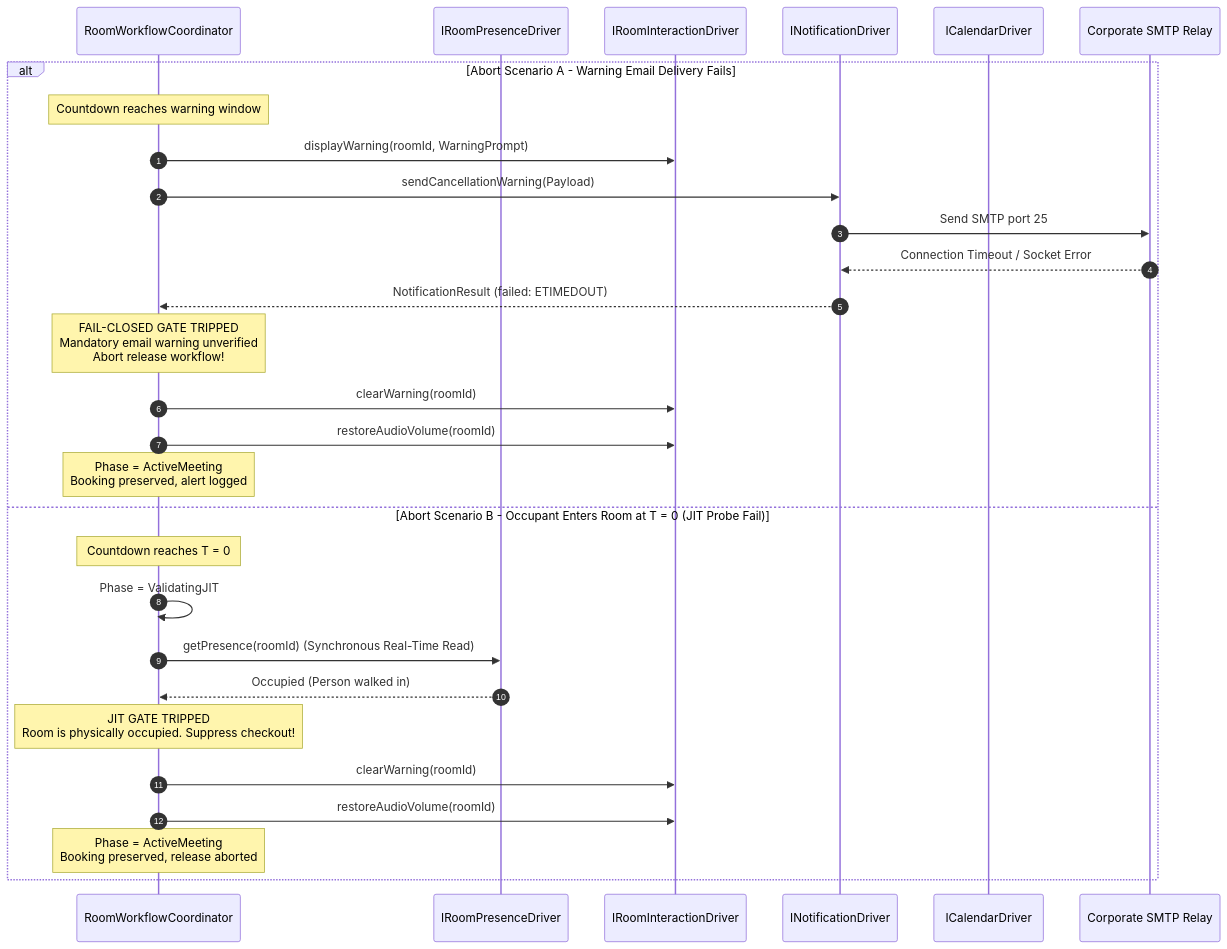
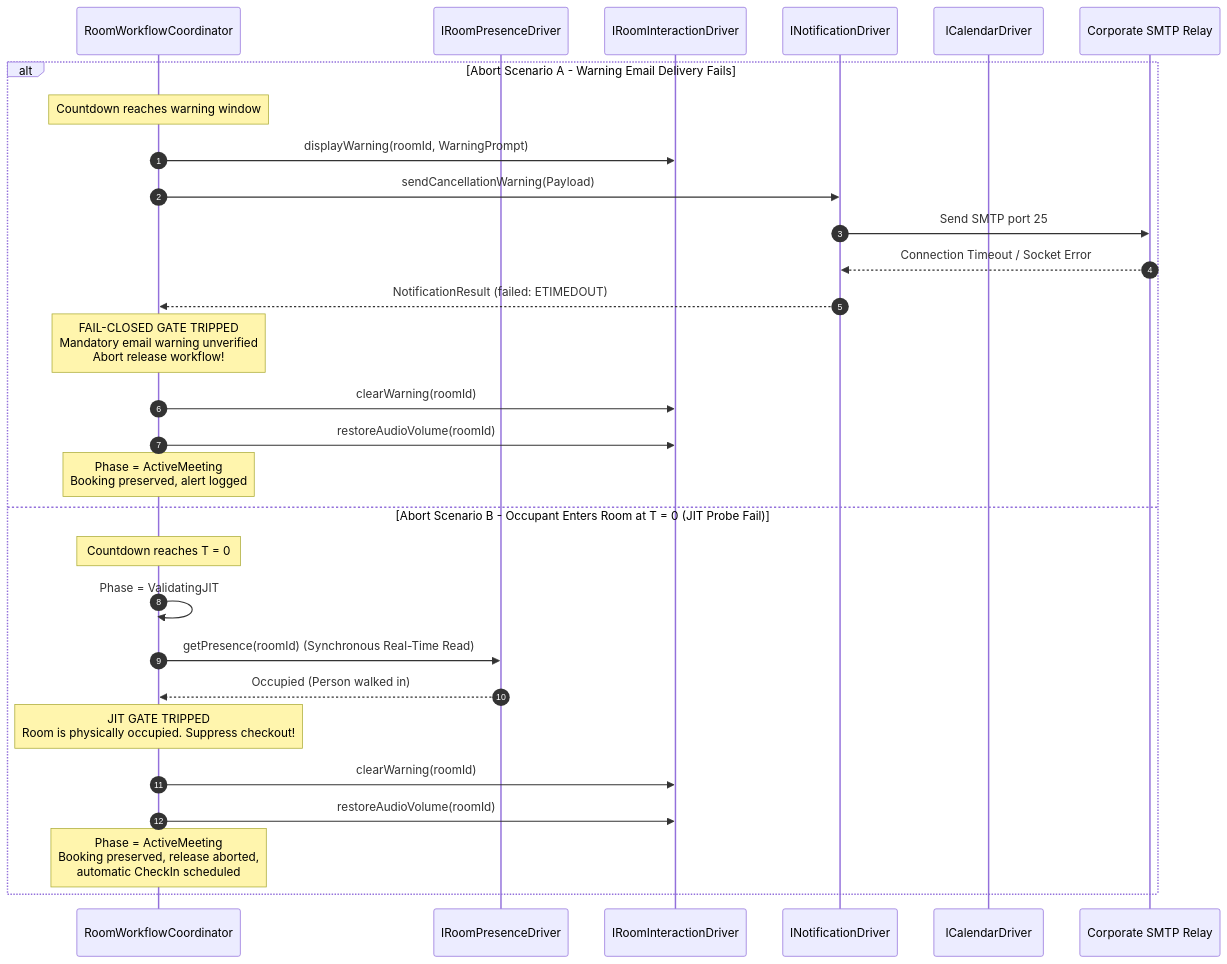
One commit to oscarpe979/vc-booking-autocancellation changed the third of 3 diagrams in service/docs/ServiceLowLevelDesign.md. Above: the diagram before and after it, drawn with Mermaid. The commit also changed other lines of this file and 5 other files, not shown here.

````diff
--- a/service/docs/ServiceLowLevelDesign.md
+++ b/service/docs/ServiceLowLevelDesign.md
@@ -346,32 +434,32 @@
 ```mermaid
 sequenceDiagram
     autonumber
     participant Coordinator as RoomWorkflowCoordinator
     participant Presence as IRoomPresenceDriver
     participant Interaction as IRoomInteractionDriver
     participant Notify as INotificationDriver
     participant Calendar as ICalendarDriver
     participant Smtp as Corporate SMTP Relay
 
     alt Abort Scenario A - Warning Email Delivery Fails
         Note over Coordinator: Countdown reaches warning window
         Coordinator->>Interaction: displayWarning(roomId, WarningPrompt)
         Coordinator->>Notify: sendCancellationWarning(Payload)
         Notify->>Smtp: Send SMTP port 25
         Smtp-->>Notify: Connection Timeout / Socket Error
         Notify-->>Coordinator: NotificationResult (failed: ETIMEDOUT)
         Note over Coordinator: FAIL-CLOSED GATE TRIPPED<br/>Mandatory email warning unverified<br/>Abort release workflow!
         Coordinator->>Interaction: clearWarning(roomId)
         Coordinator->>Interaction: restoreAudioVolume(roomId)
         Note over Coordinator: Phase = ActiveMeeting<br/>Booking preserved, alert logged
     else Abort Scenario B - Occupant Enters Room at T = 0 (JIT Probe Fail)
         Note over Coordinator: Countdown reaches T = 0
         Coordinator->>Coordinator: Phase = ValidatingJIT
         Coordinator->>Presence: getPresence(roomId) (Synchronous Real-Time Read)
         Presence-->>Coordinator: Occupied (Person walked in)
         Note over Coordinator: JIT GATE TRIPPED<br/>Room is physically occupied. Suppress checkout!
         Coordinator->>Interaction: clearWarning(roomId)
         Coordinator->>Interaction: restoreAudioVolume(roomId)
-        Note over Coordinator: Phase = ActiveMeeting<br/>Booking preserved, release aborted
+        Note over Coordinator: Phase = ActiveMeeting<br/>Booking preserved, release aborted,<br/>automatic CheckIn scheduled
     end
 ```
````
